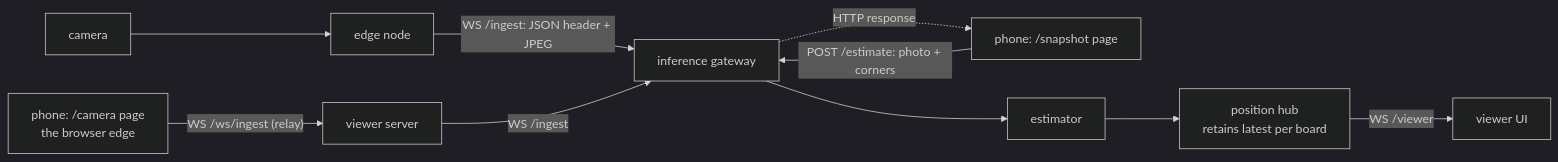
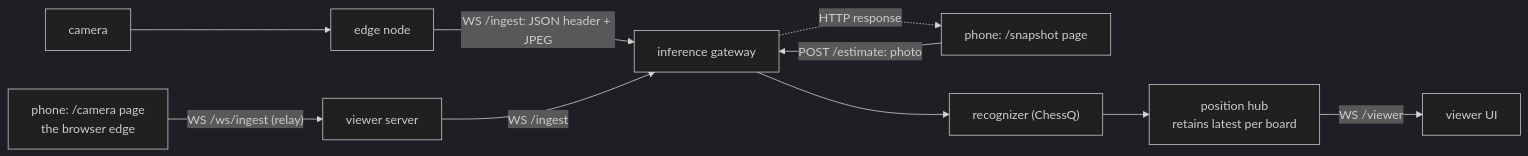
The diagram in docs/architecture.md (membranepotential/board-reader), drawn with Mermaid (dark theme) before and after one commit. The commit also changed other lines of this file and 16 other files, not shown here.

````diff
--- a/docs/architecture.md
+++ b/docs/architecture.md
@@ -38,12 +38,12 @@
 ```mermaid
 flowchart LR
   cam[camera] --> edge[edge node]
   edge -->|WS /ingest: JSON header + JPEG| gw[inference gateway]
   camphone[phone: /camera page<br/>the browser edge] -->|"WS /ws/ingest (relay)"| vw[viewer server]
   vw -->|WS /ingest| gw
-  phone[phone: /snapshot page] -->|POST /estimate: photo + corners| gw
-  gw --> est[estimator]
-  est --> hub[position hub<br/>retains latest per board]
+  phone[phone: /snapshot page] -->|POST /estimate: photo| gw
+  gw --> rec["recognizer (ChessQ)"]
+  rec --> hub[position hub<br/>retains latest per board]
   hub -->|WS /viewer| viewer[viewer UI]
   gw -.->|HTTP response| phone
 ```
````
